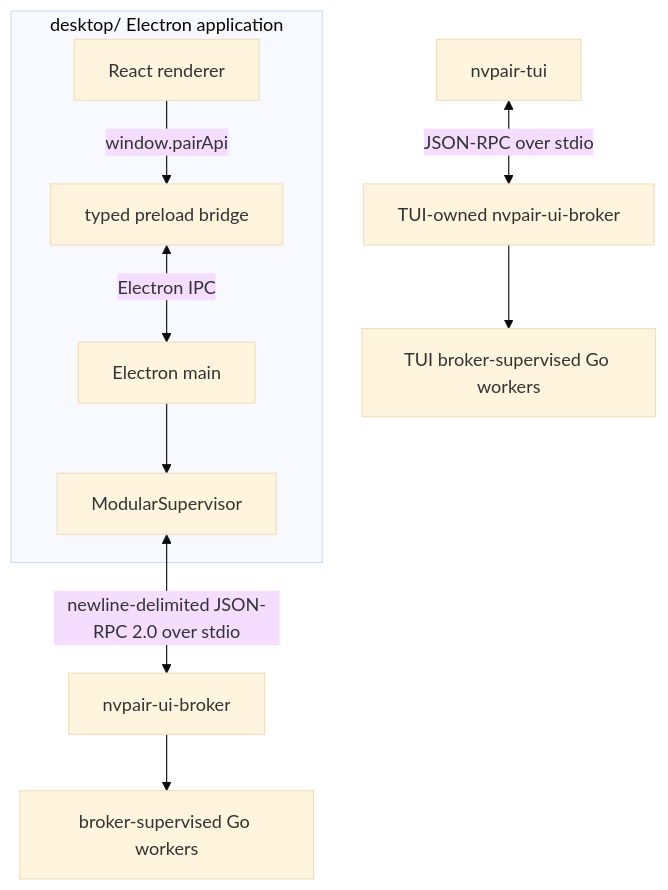
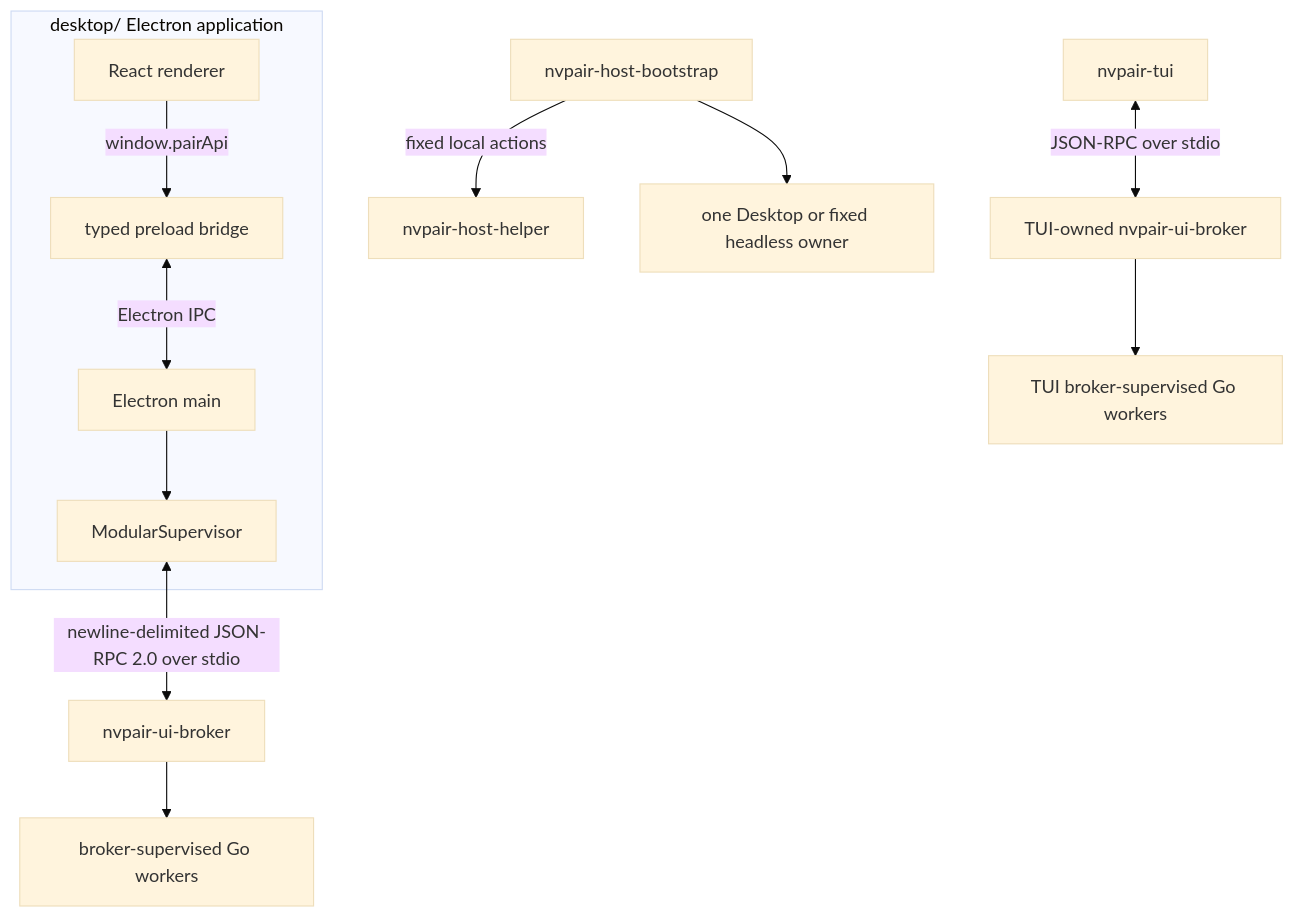
Before and after one commit to NVIDIA/Personal-AI-Router: the second of 5 diagrams in docs/architecture.mdx, drawn with Mermaid (base theme). The commit also changed other lines of this file and 688 other files, not shown here.

````diff
--- a/docs/architecture.mdx
+++ b/docs/architecture.mdx
@@ -56,23 +56,28 @@
 ```mermaid
 flowchart TB
     subgraph Desktop["desktop/ Electron application"]
         Renderer["React renderer"]
         Preload["typed preload bridge"]
         Main["Electron main"]
         Supervisor["ModularSupervisor"]
     end
 
     Broker["nvpair-ui-broker"]
     Workers["broker-supervised Go workers"]
     Tui["nvpair-tui"]
     TuiBroker["TUI-owned nvpair-ui-broker"]
     TuiWorkers["TUI broker-supervised Go workers"]
+    Bootstrap["nvpair-host-bootstrap"]
+    Helper["nvpair-host-helper"]
+    Owner["one Desktop or fixed headless owner"]
 
     Renderer -->|"window.pairApi"| Preload
     Preload <-->|"Electron IPC"| Main
     Main --> Supervisor
     Supervisor <-->|"newline-delimited JSON-RPC 2.0 over stdio"| Broker
     Broker --> Workers
     Tui <-->|"JSON-RPC over stdio"| TuiBroker
     TuiBroker --> TuiWorkers
+    Bootstrap -->|"fixed local actions"| Helper
+    Bootstrap --> Owner
 ```
````
